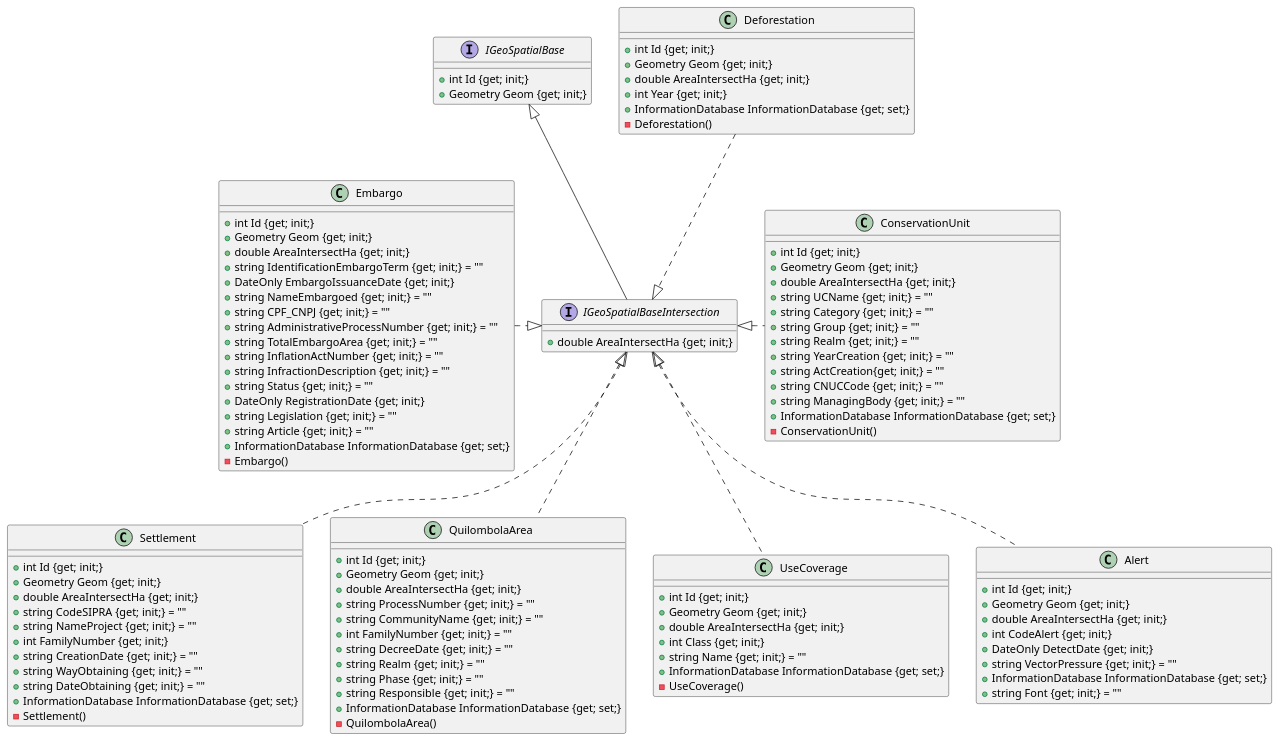
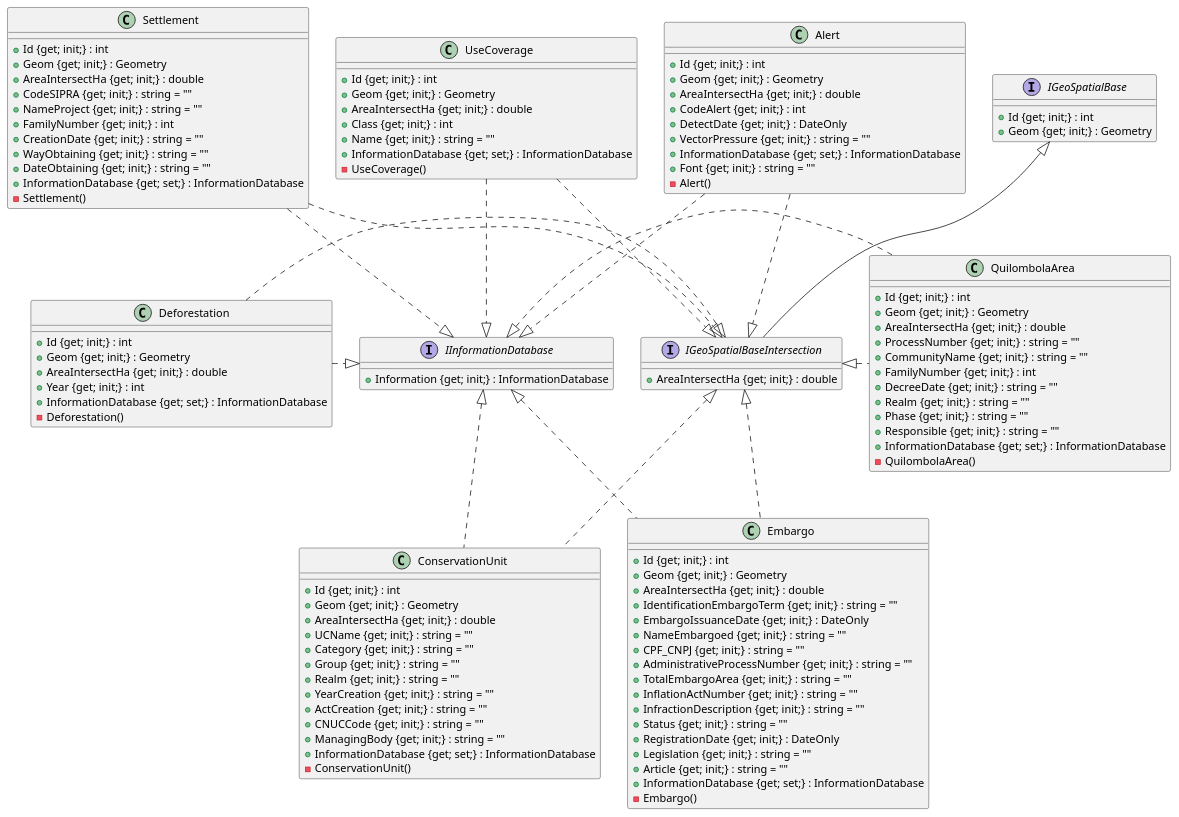
Before and after one commit to ruralgises/documentation: the diagram in class-diagram/interserct-diagram.plantuml, drawn with PlantUML.

```diff
--- a/class-diagram/interserct-diagram.plantuml
+++ b/class-diagram/interserct-diagram.plantuml
@@ -1,110 +1,128 @@
 @startuml
 
-interface IGeoSpatialBase {
-    {method} +int Id {get; init;}
-    {method} +Geometry Geom {get; init;}
+interface IGeoSpatialBaseIntersection extends IGeoSpatialBase {
+    {method} +AreaIntersectHa {get; init;} : double
 }
 
-interface IGeoSpatialBaseIntersection extends IGeoSpatialBase {
-    {method} +double AreaIntersectHa {get; init;}
+interface IGeoSpatialBase {
+    {method} +Id {get; init;} : int
+    {method} +Geom {get; init;} : Geometry
+}
+
+interface IInformationDatabase {
+    {method} +Information {get; init;} : InformationDatabase
 }
 
 class Deforestation {
-    {method} +int Id {get; init;}
-    {method} +Geometry Geom {get; init;}
-    {method} +double AreaIntersectHa {get; init;}
-    {method} +int Year {get; init;}
-    {method} +InformationDatabase InformationDatabase {get; set;}
+    {method} +Id {get; init;} : int
+    {method} +Geom {get; init;} : Geometry
+    {method} +AreaIntersectHa {get; init;} : double
+    {method} +Year {get; init;} : int
+    {method} +InformationDatabase {get; set;} : InformationDatabase
     {method} -Deforestation()
 }
 
-class Settlement implements IGeoSpatialBaseIntersection {
-    {method} +int Id {get; init;}
-    {method} +Geometry Geom {get; init;}
-    {method} +double AreaIntersectHa {get; init;}
-    {method} +string CodeSIPRA {get; init;} = ""
-    {method} +string NameProject {get; init;} = ""
-    {method} +int FamilyNumber {get; init;}
-    {method} +string CreationDate {get; init;} = ""
-    {method} +string WayObtaining {get; init;} = ""
-    {method} +string DateObtaining {get; init;} = ""
-    {method} +InformationDatabase InformationDatabase {get; set;}
-    -Settlement()
+class Settlement {
+    {method} +Id {get; init;} : int
+    {method} +Geom {get; init;} : Geometry
+    {method} +AreaIntersectHa {get; init;} : double
+    {method} +CodeSIPRA {get; init;} : string = ""
+    {method} +NameProject {get; init;} : string = ""
+    {method} +FamilyNumber {get; init;} : int
+    {method} +CreationDate {get; init;} : string = ""
+    {method} +WayObtaining {get; init;} : string = ""
+    {method} +DateObtaining {get; init;} : string = ""
+    {method} +InformationDatabase {get; set;} : InformationDatabase
+    {method} -Settlement()
 }
 
 class ConservationUnit{
-    {method} +int Id {get; init;}
-    {method} +Geometry Geom {get; init;}
-    {method} +double AreaIntersectHa {get; init;}
-    {method} +string UCName {get; init;} = ""
-    {method} +string Category {get; init;} = ""
-    {method} +string Group {get; init;} = ""
-    {method} +string Realm {get; init;} = ""
-    {method} +string YearCreation {get; init;} = ""
-    {method} +string ActCreation{get; init;} = ""
-    {method} +string CNUCCode {get; init;} = ""
-    {method} +string ManagingBody {get; init;} = ""
-    {method} +InformationDatabase InformationDatabase {get; set;}
+    {method} +Id {get; init;} : int
+    {method} +Geom {get; init;} : Geometry
+    {method} +AreaIntersectHa {get; init;} : double
+    {method} +UCName {get; init;} : string = ""
+    {method} +Category {get; init;} : string = ""
+    {method} +Group {get; init;} : string = ""
+    {method} +Realm {get; init;} : string = ""
+    {method} +YearCreation {get; init;} : string = ""
+    {method} +ActCreation {get; init;} : string = ""
+    {method} +CNUCCode {get; init;} : string = ""
+    {method} +ManagingBody {get; init;} : string = ""
+    {method} +InformationDatabase {get; set;} : InformationDatabase
     {method} -ConservationUnit()
 }
 
-class QuilombolaArea implements IGeoSpatialBaseIntersection{
-    {method} +int Id {get; init;}
-    {method} +Geometry Geom {get; init;}
-    {method} +double AreaIntersectHa {get; init;}
-    {method} +string ProcessNumber {get; init;} = ""
-    {method} +string CommunityName {get; init;} = ""
-    {method} +int FamilyNumber {get; init;} = ""
-    {method} +string DecreeDate {get; init;} = ""
-    {method} +string Realm {get; init;} = ""
-    {method} +string Phase {get; init;} = ""
-    {method} +string Responsible {get; init;} = ""
-    {method} +InformationDatabase InformationDatabase {get; set;}
+class QuilombolaArea {
+    {method} +Id {get; init;} : int
+    {method} +Geom {get; init;} : Geometry
+    {method} +AreaIntersectHa {get; init;} : double
+    {method} +ProcessNumber {get; init;} : string = ""
+    {method} +CommunityName {get; init;} : string = ""
+    {method} +FamilyNumber {get; init;} : int
+    {method} +DecreeDate {get; init;} : string = ""
+    {method} +Realm {get; init;} : string = ""
+    {method} +Phase {get; init;} : string = ""
+    {method} +Responsible {get; init;} : string = ""
+    {method} +InformationDatabase {get; set;} : InformationDatabase
     {method} -QuilombolaArea()
 }
 
-class UseCoverage implements IGeoSpatialBaseIntersection{
-    {method} +int Id {get; init;}
-    {method} +Geometry Geom {get; init;}
-    {method} +double AreaIntersectHa {get; init;}
-    {method} +int Class {get; init;}
-    {method} +string Name {get; init;} = ""
-    {method} +InformationDatabase InformationDatabase {get; set;}
+class UseCoverage {
+    {method} +Id {get; init;} : int
+    {method} +Geom {get; init;} : Geometry
+    {method} +AreaIntersectHa {get; init;} : double
+    {method} +Class {get; init;} : int
+    {method} +Name {get; init;} : string = ""
+    {method} +InformationDatabase {get; set;} : InformationDatabase
     {method} -UseCoverage()
 }
 
-class Embargo{
-    {method} +int Id {get; init;}
-    {method} +Geometry Geom {get; init;}
-    {method} +double AreaIntersectHa {get; init;}
-    {method} +string IdentificationEmbargoTerm {get; init;} = ""
-    {method} +DateOnly EmbargoIssuanceDate {get; init;}
-    {method} +string NameEmbargoed {get; init;} = ""
-    {method} +string CPF_CNPJ {get; init;} = ""
-    {method} +string AdministrativeProcessNumber {get; init;} = ""
-    {method} +string TotalEmbargoArea {get; init;} = ""
-    {method} +string InflationActNumber {get; init;} = ""
-    {method} +string InfractionDescription {get; init;} = ""
-    {method} +string Status {get; init;} = ""
-    {method} +DateOnly RegistrationDate {get; init;}
-    {method} +string Legislation {get; init;} = ""
-    {method} +string Article {get; init;} = ""
-    {method} +InformationDatabase InformationDatabase {get; set;}
-    -Embargo()
+class Embargo {
+    {method} +Id {get; init;} : int
+    {method} +Geom {get; init;} : Geometry
+    {method} +AreaIntersectHa {get; init;} : double
+    {method} +IdentificationEmbargoTerm {get; init;} : string = ""
+    {method} +EmbargoIssuanceDate {get; init;} : DateOnly
+    {method} +NameEmbargoed {get; init;} : string = ""
+    {method} +CPF_CNPJ {get; init;} : string = ""
+    {method} +AdministrativeProcessNumber {get; init;} : string = ""
+    {method} +TotalEmbargoArea {get; init;} : string = ""
+    {method} +InflationActNumber {get; init;} : string = ""
+    {method} +InfractionDescription {get; init;} : string = ""
+    {method} +Status {get; init;} : string = ""
+    {method} +RegistrationDate {get; init;} : DateOnly
+    {method} +Legislation {get; init;} : string = ""
+    {method} +Article {get; init;} : string = ""
+    {method} +InformationDatabase {get; set;} : InformationDatabase
+    {method} -Embargo()
 }
 
-class Alert implements IGeoSpatialBaseIntersection{
-    {method} +int Id {get; init;}
-    {method} +Geometry Geom {get; init;}
-    {method} +double AreaIntersectHa {get; init;}
-    {method} +int CodeAlert {get; init;}
-    {method} +DateOnly DetectDate {get; init;}
-    {method} +string VectorPressure {get; init;} = ""
-    {method} +InformationDatabase InformationDatabase {get; set;}
-    {method} +string Font {get; init;} = ""
+class Alert {
+    {method} +Id {get; init;} : int
+    {method} +Geom {get; init;} : Geometry
+    {method} +AreaIntersectHa {get; init;} : double
+    {method} +CodeAlert {get; init;} : int
+    {method} +DetectDate {get; init;} : DateOnly
+    {method} +VectorPressure {get; init;} : string = ""
+    {method} +InformationDatabase {get; set;} : InformationDatabase
+    {method} +Font {get; init;} : string = ""
+    {method} -Alert()
 }
 
-Embargo ..right|> IGeoSpatialBaseIntersection 
-Deforestation ..down|> IGeoSpatialBaseIntersection
-ConservationUnit ..left|> IGeoSpatialBaseIntersection
+Embargo ..up|> IGeoSpatialBaseIntersection 
+Deforestation ..right|> IGeoSpatialBaseIntersection
+ConservationUnit ..up|> IGeoSpatialBaseIntersection
+Settlement ..|> IGeoSpatialBaseIntersection
+QuilombolaArea ..left|> IGeoSpatialBaseIntersection
+UseCoverage ..|> IGeoSpatialBaseIntersection
+Alert ..|> IGeoSpatialBaseIntersection
+
+Embargo ..up|> IInformationDatabase 
+Deforestation ..right|> IInformationDatabase
+ConservationUnit ..up|> IInformationDatabase
+Settlement ..|> IInformationDatabase
+QuilombolaArea ..left|> IInformationDatabase
+UseCoverage ..|> IInformationDatabase
+Alert ..|> IInformationDatabase
+
 @enduml
```
